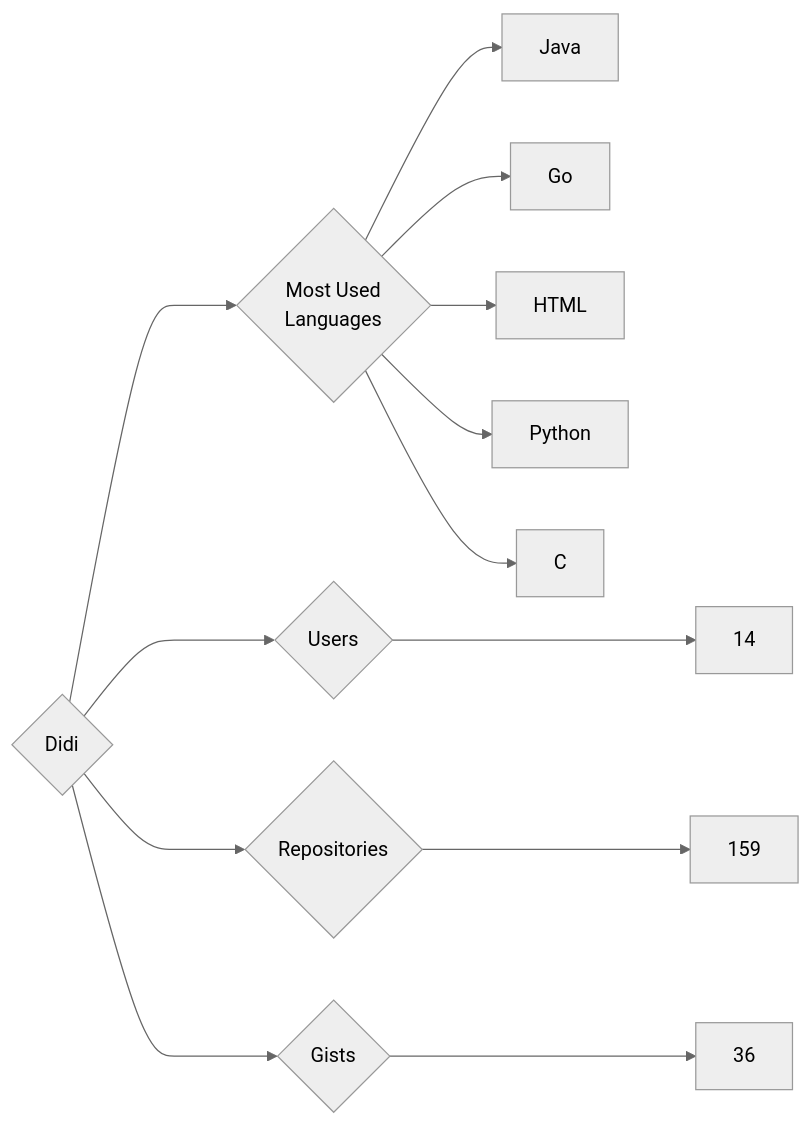
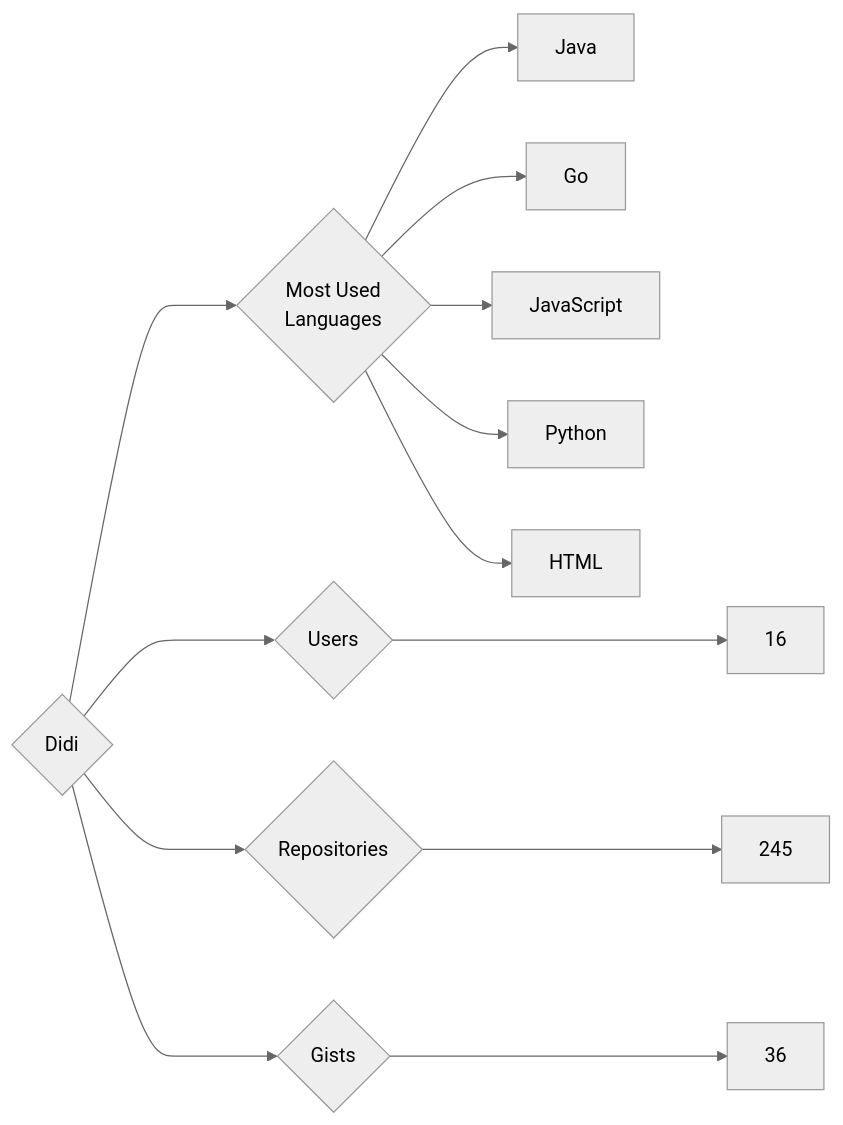
Before and after one commit to trickest/insiders: the diagram in targets/Didi/README.md, drawn with Mermaid (neutral theme). The commit also changed 891 other files, not shown here.

````diff
--- a/targets/Didi/README.md
+++ b/targets/Didi/README.md
@@ -3,13 +3,13 @@
 ```mermaid
 graph LR
 COMPANY_NAME{Didi}
-COMPANY_NAME ---> U{Users} ---> UN[14]
-COMPANY_NAME ---> R{Repositories} ---> RN[159]
+COMPANY_NAME ---> U{Users} ---> UN[16]
+COMPANY_NAME ---> R{Repositories} ---> RN[245]
 COMPANY_NAME ---> G{Gists} ---> GN[36]
 COMPANY_NAME ---> ML{Most Used<br>Languages}
 ML --> Java[Java]
 ML --> Go[Go]
+ML --> JavaScript[JavaScript]
+ML --> Python[Python]
 ML --> HTML[HTML]
-ML --> Python[Python]
-ML --> C[C]
 ```
````
